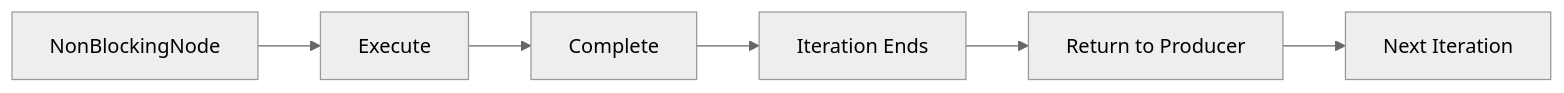
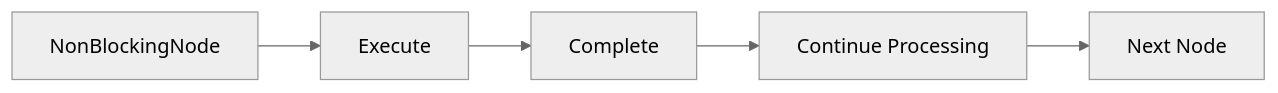
Before and after one commit to Roshan-yadav-evil-genius/TheOneEye-Backend: the fourth of 9 diagrams in docs/04-Node-System.md, drawn with Mermaid (neutral theme). The commit also changed other lines of this file and 10 other files, not shown here.

````diff
--- a/docs/04-Node-System.md
+++ b/docs/04-Node-System.md
@@ -129,8 +129,7 @@
 ```mermaid
 flowchart LR
     A[NonBlockingNode] --> B[Execute]
     B --> C[Complete]
-    C --> D[Iteration Ends]
-    D --> E[Return to Producer]
-    E --> F[Next Iteration]
+    C --> D[Continue Processing]
+    D --> E[Next Node]
 ```
````
